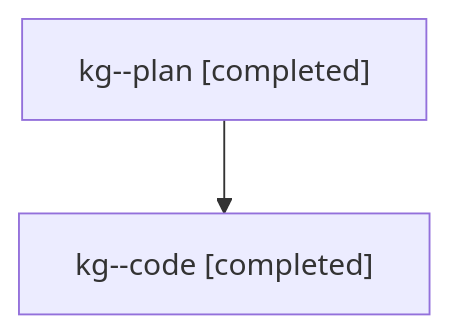
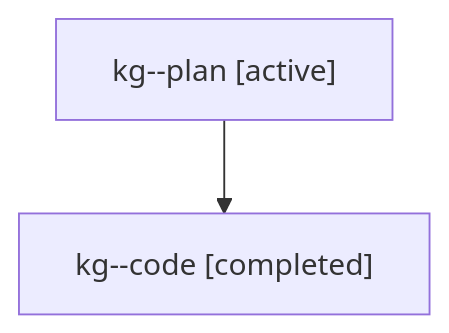
Before and after one commit to sase-org/sase--agents: the diagram in families/bbugyi200.athena.kg.md, drawn with Mermaid. The commit also changed other lines of this file and 8679 other files, not shown here.

````diff
--- a/families/bbugyi200.athena.kg.md
+++ b/families/bbugyi200.athena.kg.md
@@ -9,6 +9,6 @@
 ```mermaid
 flowchart TD
-  n0["kg--plan [completed]"]
+  n0["kg--plan [active]"]
   n1["kg--code [completed]"]
   n0 --> n1
 ```
````
